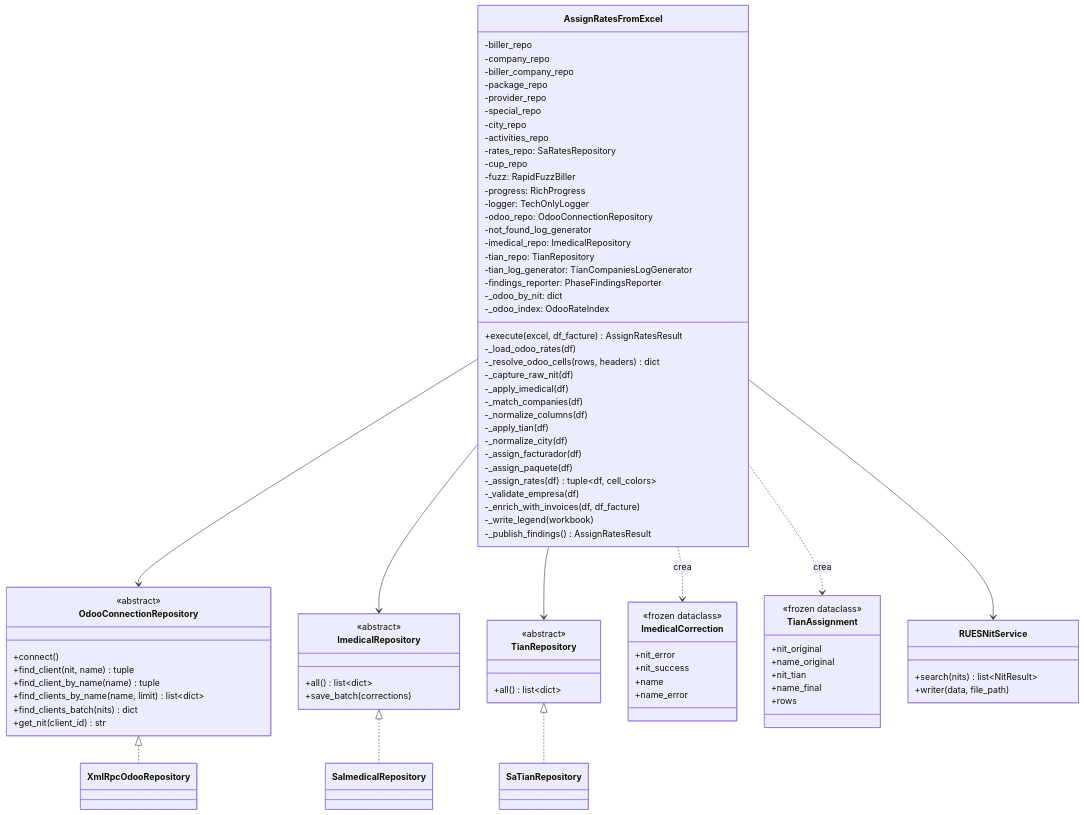
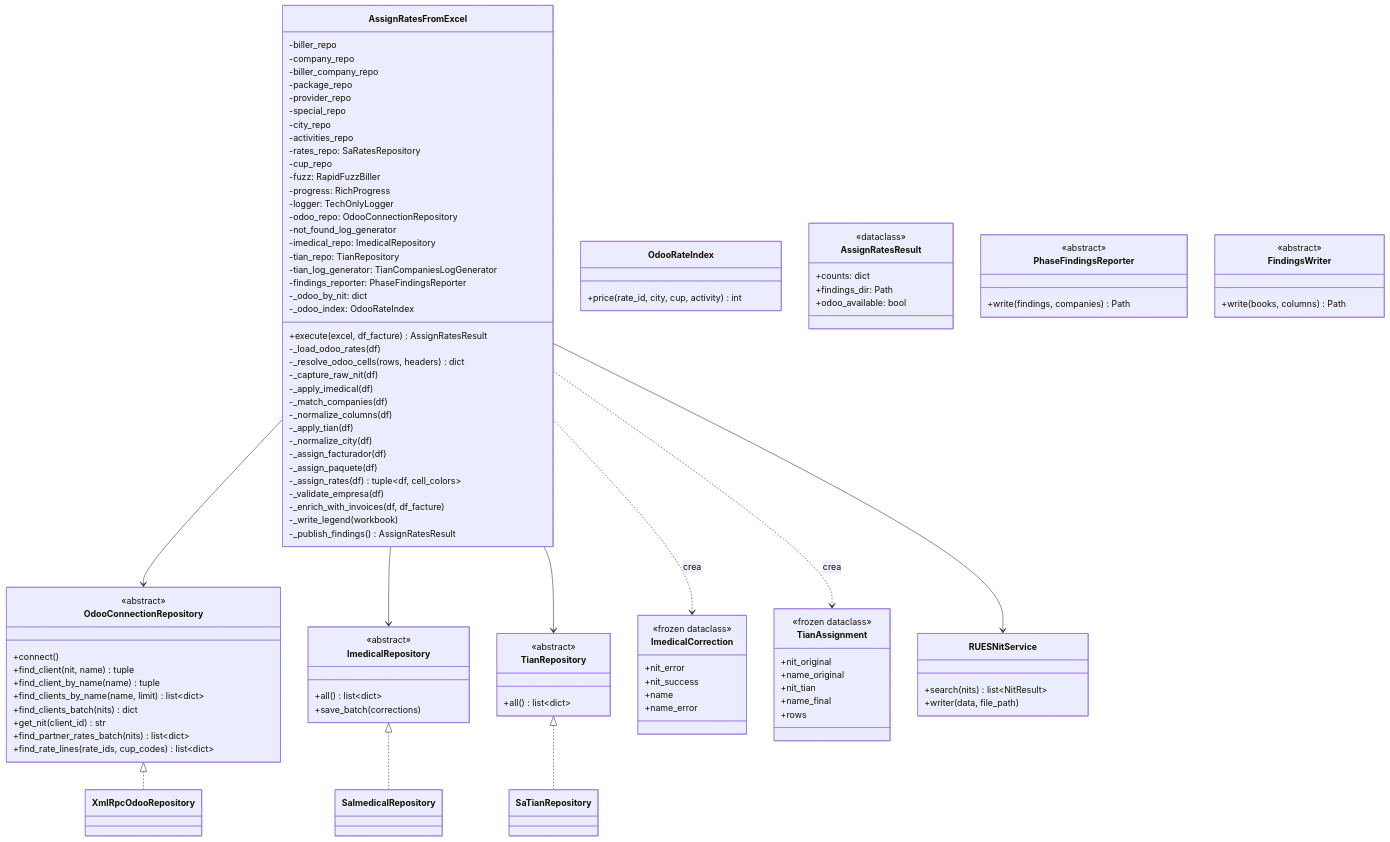
One commit to santo2409/Facturacion changed the fourth of 12 diagrams in docs/c4-diagrams.md. Above: the diagram before and after it, drawn with Mermaid.

Commit message:
docs(docs): update c4-diagrams

```diff
--- a/docs/c4-diagrams.md
+++ b/docs/c4-diagrams.md
@@ -186,6 +186,29 @@
         +find_clients_by_name(name, limit) list~dict~
         +find_clients_batch(nits) dict
         +get_nit(client_id) str
+        +find_partner_rates_batch(nits) list~dict~
+        +find_rate_lines(rate_ids, cup_codes) list~dict~
+    }
+
+    class OdooRateIndex {
+        +price(rate_id, city, cup, activity) int
+    }
+
+    class AssignRatesResult {
+        <<dataclass>>
+        +counts: dict
+        +findings_dir: Path
+        +odoo_available: bool
+    }
+
+    class PhaseFindingsReporter {
+        <<abstract>>
+        +write(findings, companies) Path
+    }
+
+    class FindingsWriter {
+        <<abstract>>
+        +write(books, columns) Path
     }
 
     class ImedicalRepository {
```
